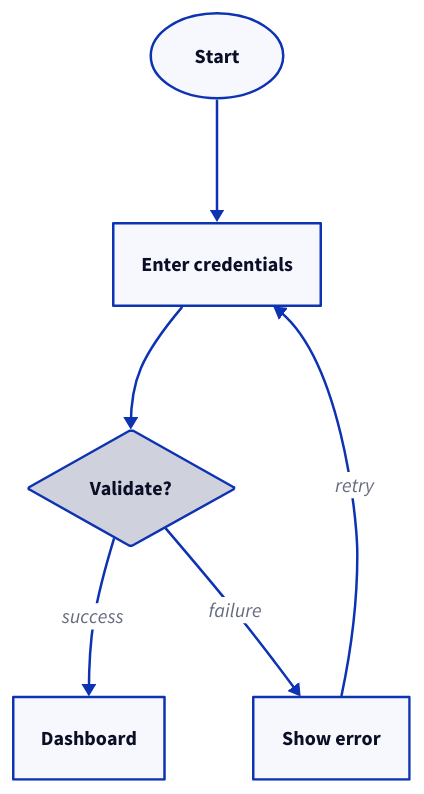
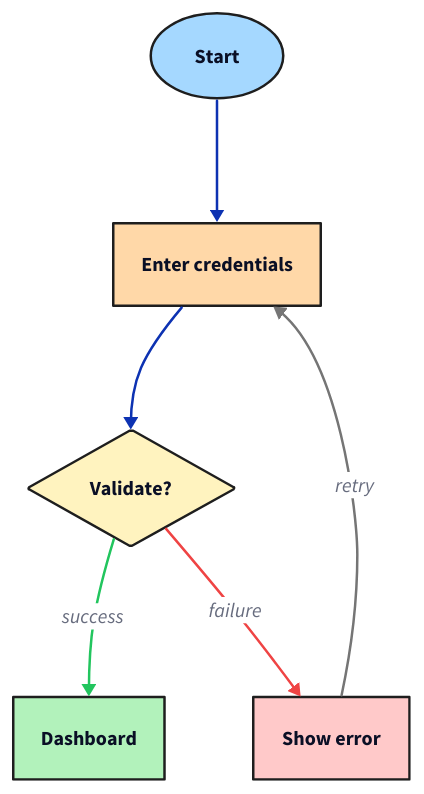
One commit to esciara/gascity changed the diagram in docs/diagrams-comparison/d2/a-login-flow.d2. Above: the diagram before and after it, drawn with D2. The commit also changed 12 other files, not shown here.

First line of the commit message:
docs(diagrams): port Excalidraw palette to Mermaid + D2; add Excalidraw setup guide

```diff
--- a/docs/diagrams-comparison/d2/a-login-flow.d2
+++ b/docs/diagrams-comparison/d2/a-login-flow.d2
@@ -1,13 +1,30 @@
 direction: down
 
-start: Start {shape: oval}
-creds: Enter credentials
-validate: Validate? {shape: diamond}
-dashboard: Dashboard
-error: Show error
+start: Start {
+  shape: oval
+  style.fill: "#a5d8ff"
+  style.stroke: "#1e1e1e"
+}
+creds: Enter credentials {
+  style.fill: "#ffd8a8"
+  style.stroke: "#1e1e1e"
+}
+validate: Validate? {
+  shape: diamond
+  style.fill: "#fff3bf"
+  style.stroke: "#1e1e1e"
+}
+dashboard: Dashboard {
+  style.fill: "#b2f2bb"
+  style.stroke: "#1e1e1e"
+}
+error: Show error {
+  style.fill: "#ffc9c9"
+  style.stroke: "#1e1e1e"
+}
 
 start -> creds
 creds -> validate
-validate -> dashboard: success
-validate -> error: failure
-error -> creds: retry
+validate -> dashboard: success {style.stroke: "#22c55e"}
+validate -> error: failure {style.stroke: "#ef4444"}
+error -> creds: retry {style.stroke: "#757575"}
```
